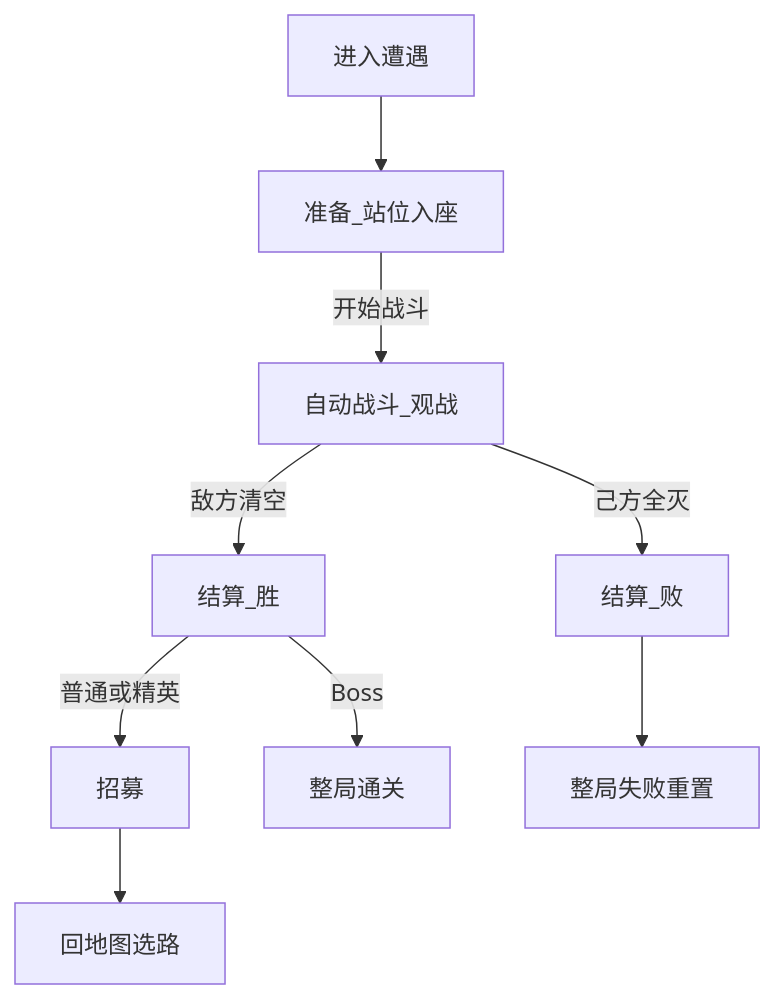
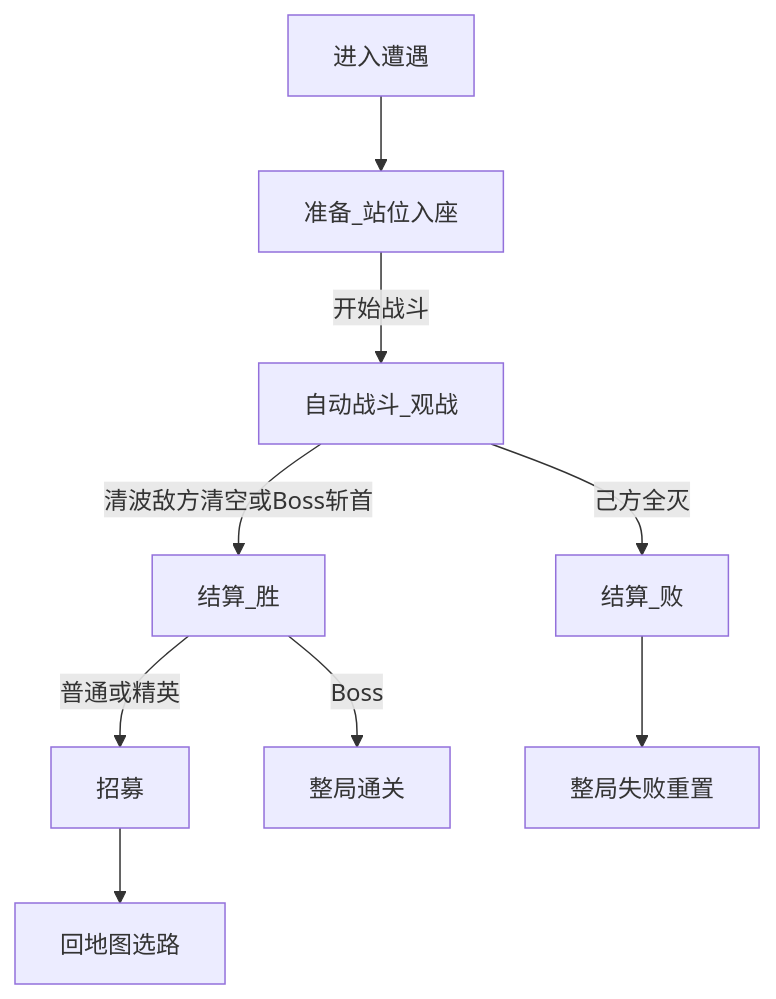
Before and after one commit to Kanerickyz/Godot-Project---Clash-royale-like-Game: the diagram in Documents/Features/COMBAT.md, drawn with Mermaid. The commit also changed other lines of this file and 23 other files, not shown here.

````diff
--- a/Documents/Features/COMBAT.md
+++ b/Documents/Features/COMBAT.md
@@ -91,10 +92,10 @@
 ```mermaid
 flowchart TD
   Enter[进入遭遇] --> Prep[准备_站位入座]
   Prep -->|开始战斗| Combat[自动战斗_观战]
-  Combat -->|敌方清空| WinResolve[结算_胜]
+  Combat -->|清波敌方清空或Boss斩首| WinResolve[结算_胜]
   Combat -->|己方全灭| LoseResolve[结算_败]
   WinResolve -->|普通或精英| Recruit[招募] --> BackMap[回地图选路]
   WinResolve -->|Boss| RunWin[整局通关]
   LoseResolve --> RunLose[整局失败重置]
 ```
````
